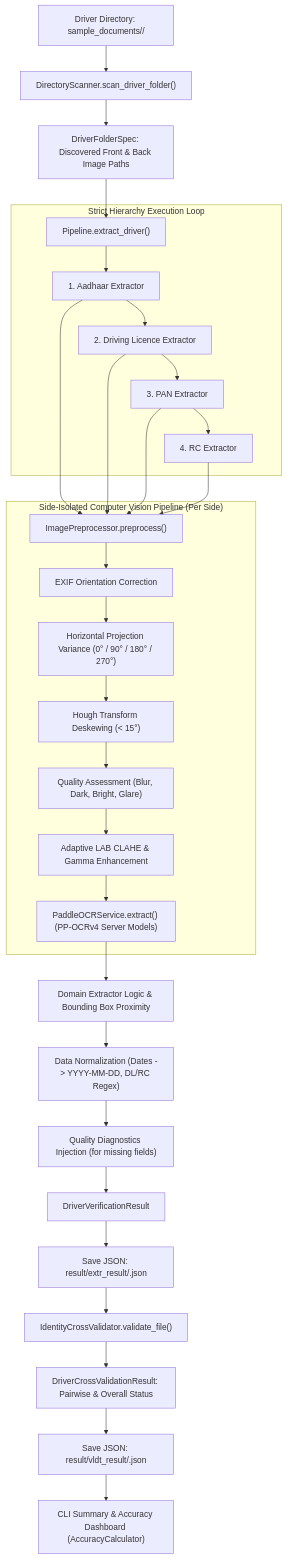
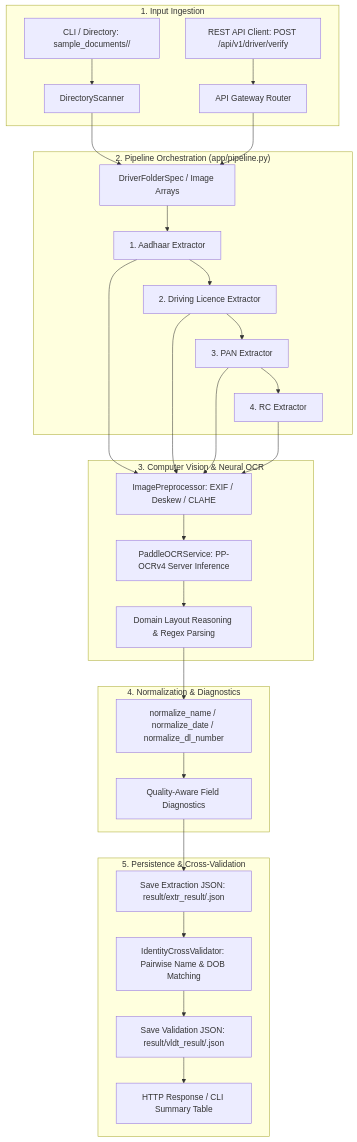
One commit to parikshit-hkis/Driver_Verification changed the diagram in PROJECT_DOCUMENTATION.md. Above: the diagram before and after it, drawn with Mermaid. The commit also changed other lines of this file and 8 other files, not shown here.

````diff
--- a/PROJECT_DOCUMENTATION.md
+++ b/PROJECT_DOCUMENTATION.md
@@ -88,37 +98,35 @@
 ```mermaid
 flowchart TD
-    A["Driver Directory: sample_documents/<driver_id>/"] --> B["DirectoryScanner.scan_driver_folder()"]
-    B --> C["DriverFolderSpec: Discovered Front & Back Image Paths"]
-    
-    C --> D["Pipeline.extract_driver()"]
-    
-    subgraph Driver_Hierarchy ["Strict Hierarchy Execution Loop"]
-        D --> H1["1. Aadhaar Extractor"]
-        H1 --> H2["2. Driving Licence Extractor"]
-        H2 --> H3["3. PAN Extractor"]
-        H3 --> H4["4. RC Extractor"]
+    subgraph Ingestion ["1. Input Ingestion"]
+        A1["CLI / Directory: sample_documents/<driver_id>/"] --> B1["DirectoryScanner"]
+        A2["REST API Client: POST /api/v1/driver/verify"] --> B2["API Gateway Router"]
     end
-    
-    subgraph Image_Processing ["Side-Isolated Computer Vision Pipeline (Per Side)"]
-        H1 & H2 & H3 & H4 --> P1["ImagePreprocessor.preprocess()"]
-        P1 --> P2["EXIF Orientation Correction"]
-        P2 --> P3["Horizontal Projection Variance (0° / 90° / 180° / 270°)"]
-        P3 --> P4["Hough Transform Deskewing (< 15°)"]
-        P4 --> P5["Quality Assessment (Blur, Dark, Bright, Glare)"]
-        P5 --> P6["Adaptive LAB CLAHE & Gamma Enhancement"]
-        P6 --> OCR["PaddleOCRService.extract() (PP-OCRv4 Server Models)"]
+
+    B1 --> C["DriverFolderSpec / Image Arrays"]
+    B2 --> C
+
+    subgraph Pipeline ["2. Pipeline Orchestration (app/pipeline.py)"]
+        C --> D1["1. Aadhaar Extractor"]
+        D1 --> D2["2. Driving Licence Extractor"]
+        D2 --> D3["3. PAN Extractor"]
+        D3 --> D4["4. RC Extractor"]
     end
-    
-    OCR --> E["Domain Extractor Logic & Bounding Box Proximity"]
-    E --> F["Data Normalization (Dates -> YYYY-MM-DD, DL/RC Regex)"]
-    F --> G["Quality Diagnostics Injection (for missing fields)"]
-    
-    G --> RES["DriverVerificationResult"]
-    RES --> J1["Save JSON: result/extr_result/<driver_id>.json"]
-    
-    J1 --> VAL["IdentityCrossValidator.validate_file()"]
-    VAL --> VAL_RES["DriverCrossValidationResult: Pairwise & Overall Status"]
-    VAL_RES --> J2["Save JSON: result/vldt_result/<driver_id>.json"]
-    
-    J2 --> CLI["CLI Summary & Accuracy Dashboard (AccuracyCalculator)"]
+
+    subgraph ProcessingLayer ["3. Computer Vision & Neural OCR"]
+        D1 & D2 & D3 & D4 --> E1["ImagePreprocessor: EXIF / Deskew / CLAHE"]
+        E1 --> E2["PaddleOCRService: PP-OCRv4 Server Inference"]
+        E2 --> E3["Domain Layout Reasoning & Regex Parsing"]
+    end
+
+    subgraph NormalizationLayer ["4. Normalization & Diagnostics"]
+        E3 --> F1["normalize_name / normalize_date / normalize_dl_number"]
+        F1 --> F2["Quality-Aware Field Diagnostics"]
+    end
+
+    subgraph StorageAndValidation ["5. Persistence & Cross-Validation"]
+        F2 --> G1["Save Extraction JSON: result/extr_result/<driver_id>.json"]
+        G1 --> G2["IdentityCrossValidator: Pairwise Name & DOB Matching"]
+        G2 --> G3["Save Validation JSON: result/vldt_result/<driver_id>.json"]
+        G3 --> G4["HTTP Response / CLI Summary Table"]
+    end
 ```
````
